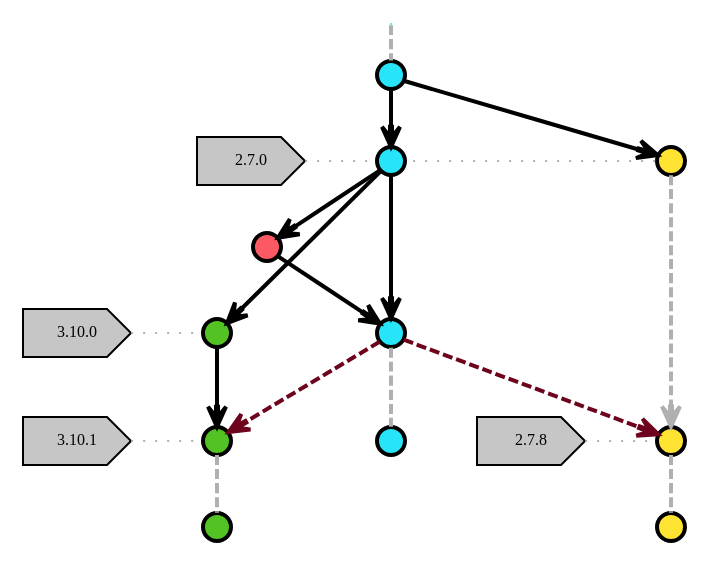
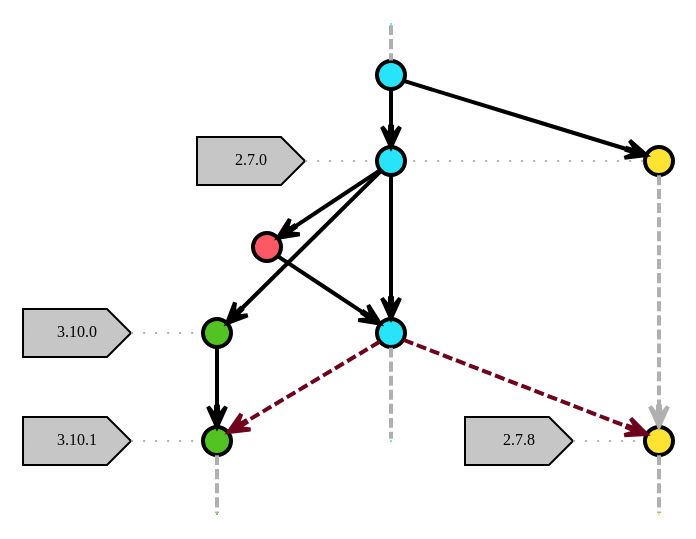
The second of 2 diagrams in docs/productive/git/workflows/deploy-branches.rst (veit/jupyter-tutorial-de), drawn with Graphviz before and after one commit.

Commit message:
:memo: Update release branches graph

```diff
--- a/docs/productive/git/workflows/deploy-branches.rst
+++ b/docs/productive/git/workflows/deploy-branches.rst
@@ -176,19 +176,28 @@
         rank=source;
         mainstart [label="", width=0, height=0, penwidth=0];
     }
-    mainstart -> main1 [color="#b0b0b0", style=dashed, arrowhead=none ];
+    subgraph {
+        mainend [label="", width=0, height=0, penwidth=0];
+    }
+    mainstart -> main1 [color="#b0b0b0", style=dashed, arrowhead=none];
     main1 -> main2 -> main3;
-    main3 -> mainend [color="#b0b0b0", style=dashed, arrowhead=none ];
+    main3 -> mainend [color="#b0b0b0", style=dashed, arrowhead=none];
 
     node  [group="27", fillcolor="#FFE333"];
     release270;
     release278;
+    subgraph {
+        release27end [label="", width=0, height=0, penwidth=0];
+    }
     release270 -> release278 [color="#b0b0b0", style=dashed];
     release278 -> release27end [color="#b0b0b0", style=dashed, arrowhead=none];
 
     node  [group="310", fillcolor="#52C322"];
     release3100;
     release3101;
+    subgraph {
+        release310end [label="", width=0, height=0, penwidth=0];
+    }
     release3100 -> release3101;
     release3101 -> release310end [color="#b0b0b0", style=dashed, arrowhead=none ];
 
```
